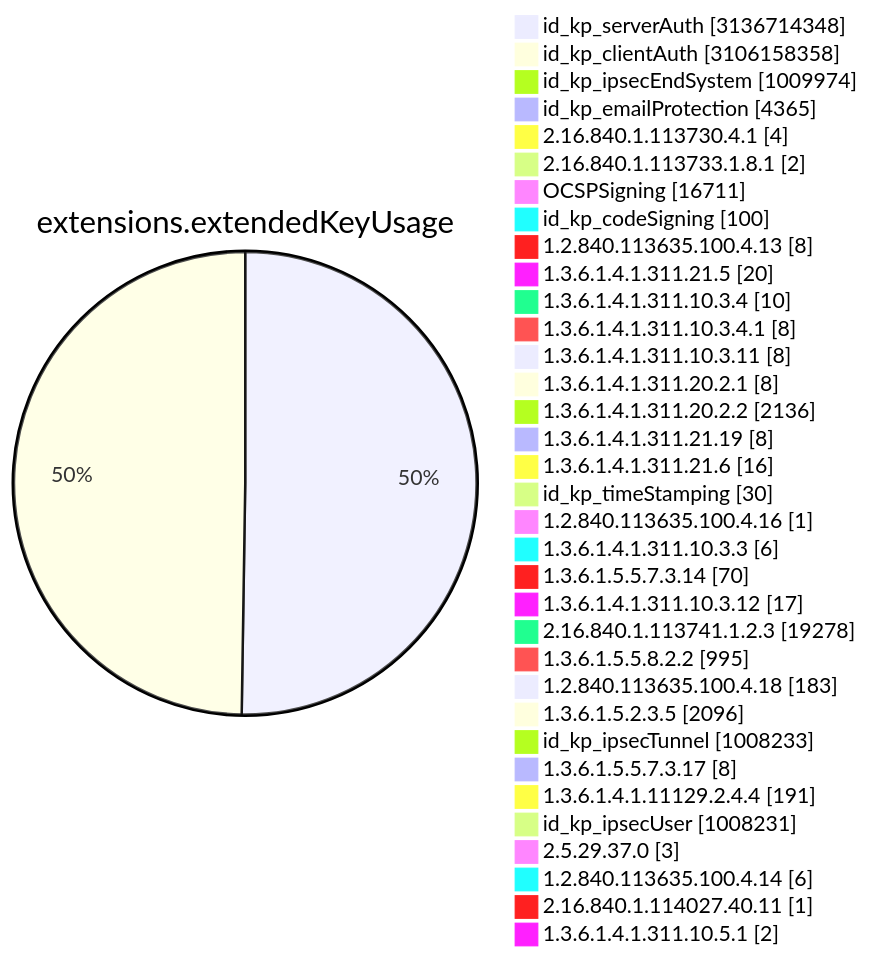
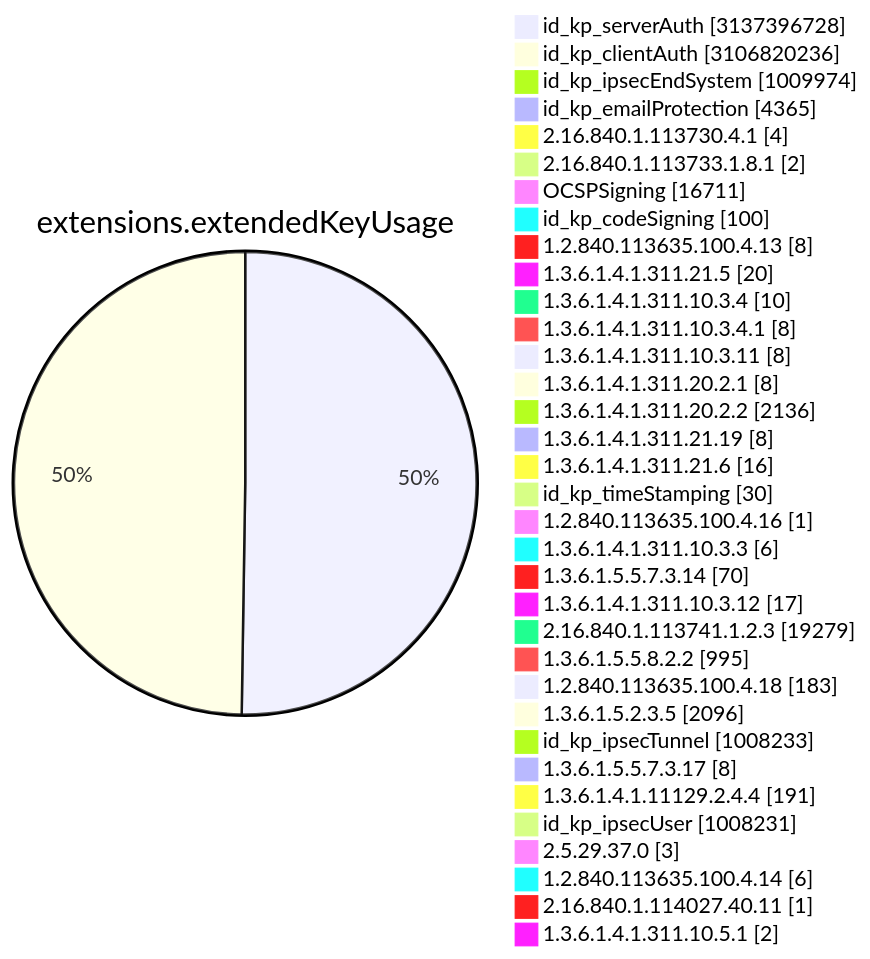
Diagram 11 of 15 in TOTAL/README.md (christiankrug/ctmonitor_visualization), drawn with Mermaid before and after one commit. The commit also changed other lines of this file, not shown here.

````diff
--- a/TOTAL/README.md
+++ b/TOTAL/README.md
@@ -4117,38 +4117,38 @@
 ```mermaid
 pie showData
 title extensions.extendedKeyUsage
-"id_kp_serverAuth" :3136714348
-"id_kp_clientAuth" :3106158358
+"id_kp_serverAuth" :3137396728
+"id_kp_clientAuth" :3106820236
 "id_kp_ipsecEndSystem" :1009974
 "id_kp_emailProtection" :4365
 "2.16.840.1.113730.4.1" :4
 "2.16.840.1.113733.1.8.1" :2
 "OCSPSigning" :16711
 "id_kp_codeSigning" :100
 "1.2.840.113635.100.4.13" :8
 "1.3.6.1.4.1.311.21.5" :20
 "1.3.6.1.4.1.311.10.3.4" :10
 "1.3.6.1.4.1.311.10.3.4.1" :8
 "1.3.6.1.4.1.311.10.3.11" :8
 "1.3.6.1.4.1.311.20.2.1" :8
 "1.3.6.1.4.1.311.20.2.2" :2136
 "1.3.6.1.4.1.311.21.19" :8
 "1.3.6.1.4.1.311.21.6" :16
 "id_kp_timeStamping" :30
 "1.2.840.113635.100.4.16" :1
 "1.3.6.1.4.1.311.10.3.3" :6
 "1.3.6.1.5.5.7.3.14" :70
 "1.3.6.1.4.1.311.10.3.12" :17
-"2.16.840.1.113741.1.2.3" :19278
+"2.16.840.1.113741.1.2.3" :19279
 "1.3.6.1.5.5.8.2.2" :995
 "1.2.840.113635.100.4.18" :183
 "1.3.6.1.5.2.3.5" :2096
 "id_kp_ipsecTunnel" :1008233
 "1.3.6.1.5.5.7.3.17" :8
 "1.3.6.1.4.1.11129.2.4.4" :191
 "id_kp_ipsecUser" :1008231
 "2.5.29.37.0" :3
 "1.2.840.113635.100.4.14" :6
 "2.16.840.1.114027.40.11" :1
 "1.3.6.1.4.1.311.10.5.1" :2
 ```
````
